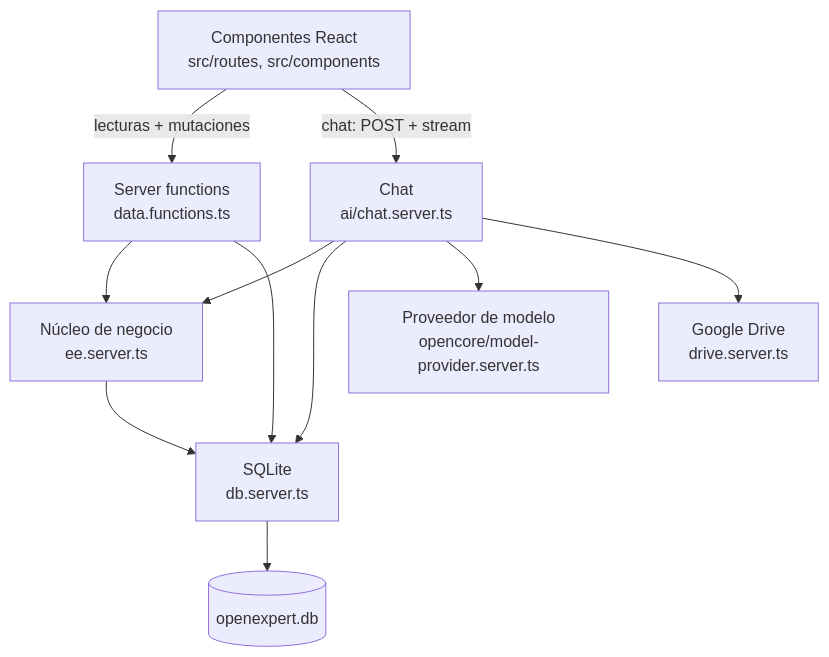
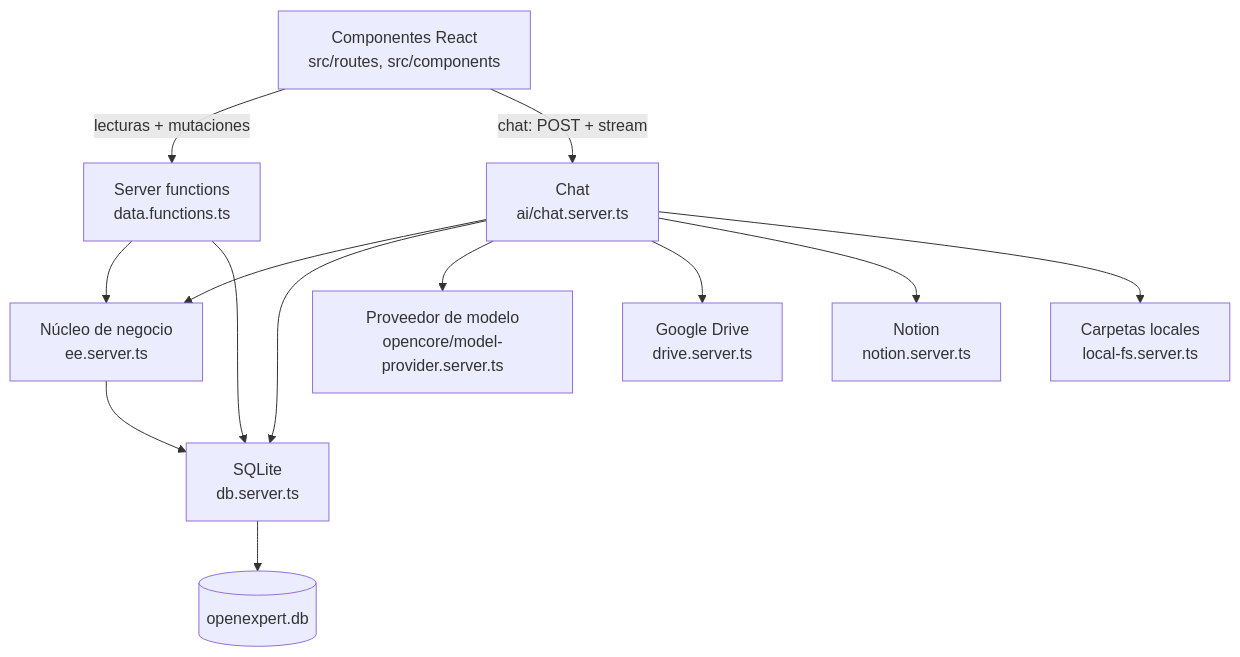
One commit to OpenExpert-ai/OpenExpert changed the first of 2 diagrams in docs/es/02-arquitectura.md. Above: the diagram before and after it, drawn with Mermaid. The commit also changed other lines of this file and 37 other files, not shown here.

````diff
--- a/docs/es/02-arquitectura.md
+++ b/docs/es/02-arquitectura.md
@@ -26,22 +26,26 @@
 ```mermaid
 graph TD
     UI[Componentes React<br/>src/routes, src/components]
     SF[Server functions<br/>data.functions.ts]
     EE[Núcleo de negocio<br/>ee.server.ts]
     DB[SQLite<br/>db.server.ts]
     CHAT[Chat<br/>ai/chat.server.ts]
     MODEL[Proveedor de modelo<br/>opencore/model-provider.server.ts]
     DRV[Google Drive<br/>drive.server.ts]
+    NOT[Notion<br/>notion.server.ts]
+    LOC[Carpetas locales<br/>local-fs.server.ts]
     FILE[(openexpert.db)]
 
     UI -->|lecturas + mutaciones| SF
     UI -->|chat: POST + stream| CHAT
     SF --> EE
     SF --> DB
     CHAT --> EE
     CHAT --> DB
     CHAT --> MODEL
     CHAT --> DRV
+    CHAT --> NOT
+    CHAT --> LOC
     EE --> DB
     DB --> FILE
 ```
````
